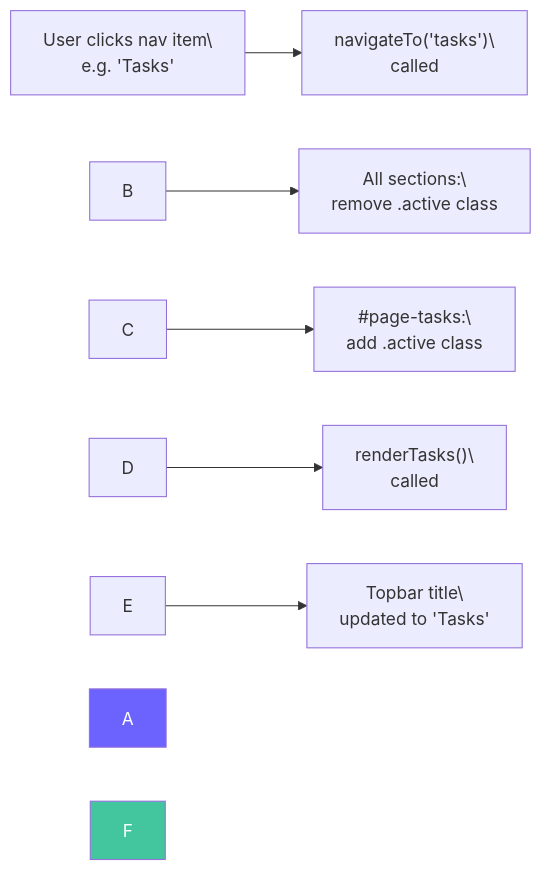
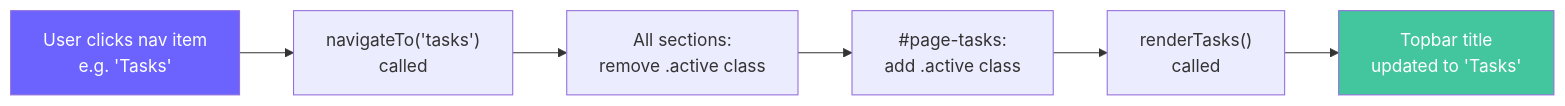
Before and after one commit to Sohamb-Artiset/VolunteerConnect: the sixth of 6 diagrams in StudyFlow_Documentation.md, drawn with Mermaid. The commit also changed other lines of this file, not shown here.

````diff
--- a/StudyFlow_Documentation.md
+++ b/StudyFlow_Documentation.md
@@ -581,11 +583,11 @@
 ```mermaid
 flowchart LR
-    A\["User clicks nav item\\ne.g. 'Tasks'"] --> B\["navigateTo('tasks')\\ncalled"]
-    B --> C\["All sections:\\nremove .active class"]
-    C --> D\["#page-tasks:\\nadd .active class"]
-    D --> E\["renderTasks()\\ncalled"]
-    E --> F\["Topbar title\\nupdated to 'Tasks'"]
+    A["User clicks nav item\ne.g. 'Tasks'"] --> B["navigateTo('tasks')\ncalled"]
+    B --> C["All sections:\nremove .active class"]
+    C --> D["#page-tasks:\nadd .active class"]
+    D --> E["renderTasks()\ncalled"]
+    E --> F["Topbar title\nupdated to 'Tasks'"]
 
     style A fill:#6C63FF,color:#fff
     style F fill:#43C59E,color:#fff
 ```
````
